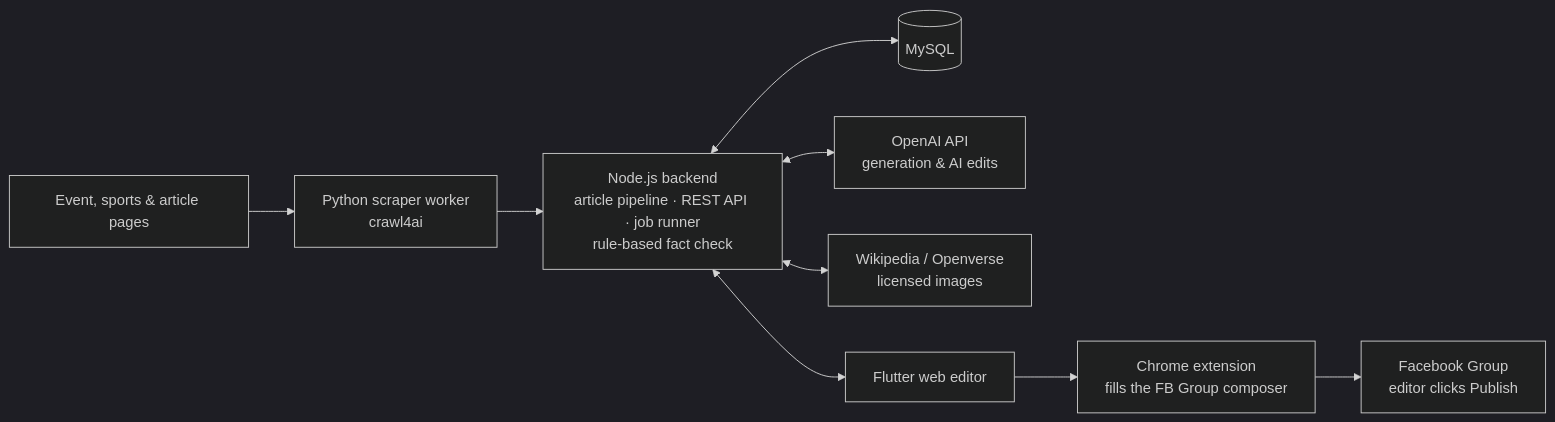
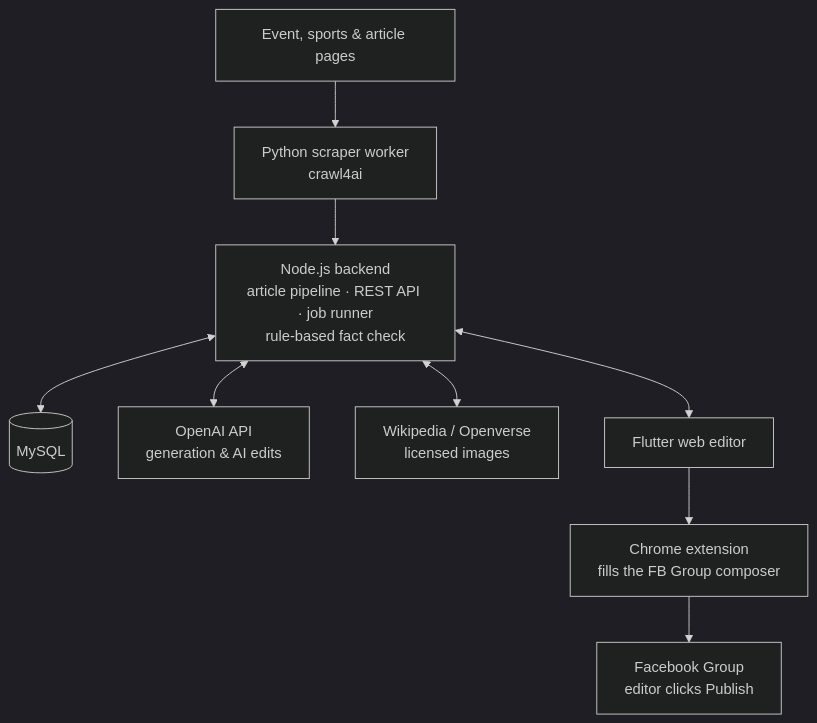
Before and after one commit to AntoniKra/AI-Social-Post-Studio-Showcase: the diagram in README.md, drawn with Mermaid (dark theme).

Commit message:
Revise flowchart in README.md
Updated the flowchart in the README to reflect changes.

````diff
--- a/README.md
+++ b/README.md
@@ -40,11 +40,11 @@
 ```mermaid
-flowchart LR
+flowchart TD
     S["Event, sports & article pages"] --> W["Python scraper worker<br/>crawl4ai"]
     W --> B["Node.js backend<br/>article pipeline · REST API · job runner<br/>rule-based fact check"]
     B <--> DB[("MySQL")]
     B <--> L["OpenAI API<br/>generation & AI edits"]
     B <--> I["Wikipedia / Openverse<br/>licensed images"]
     B <--> F["Flutter web editor"]
     F --> X["Chrome extension<br/>fills the FB Group composer"]
     X --> FB["Facebook Group<br/>editor clicks Publish"]
 ```
````
